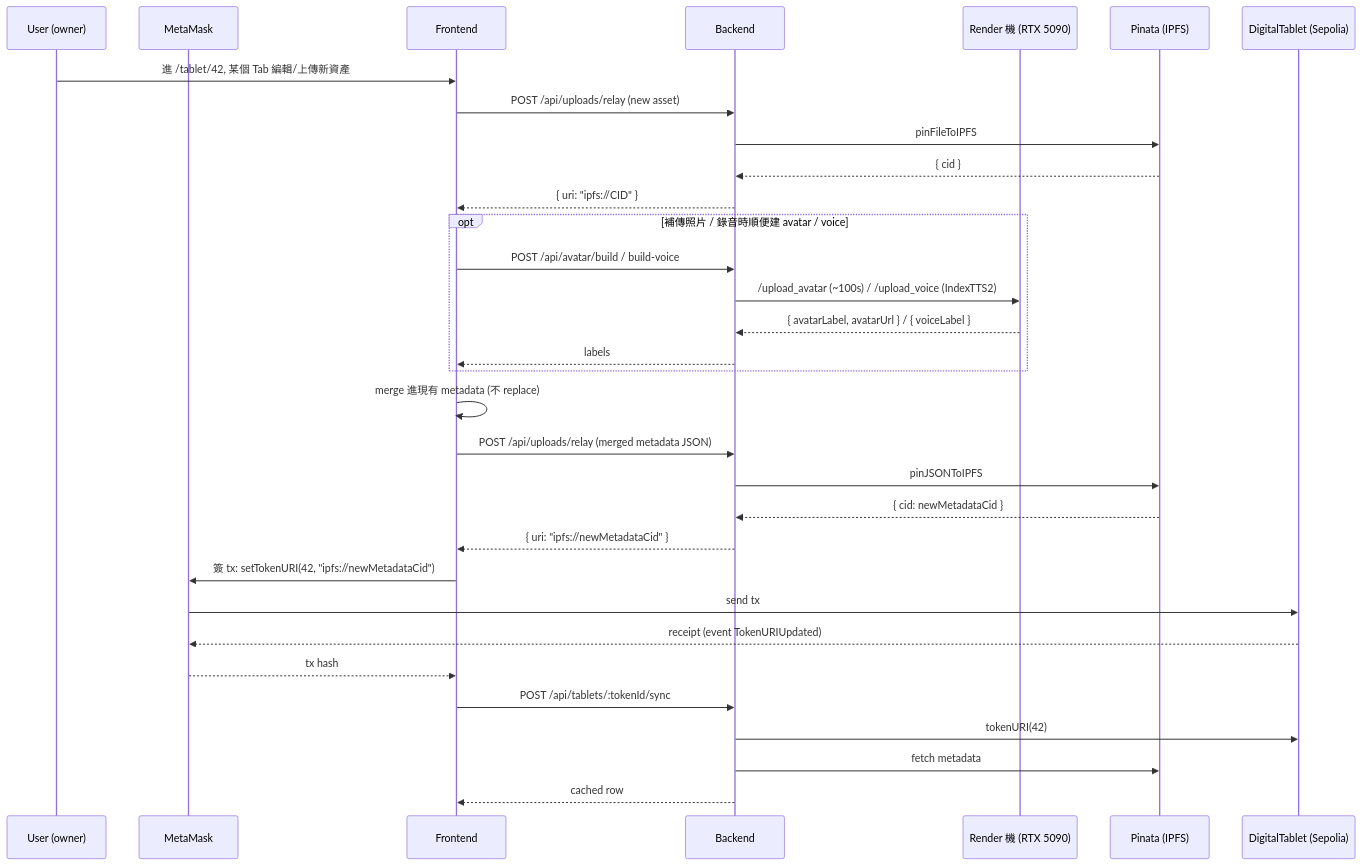
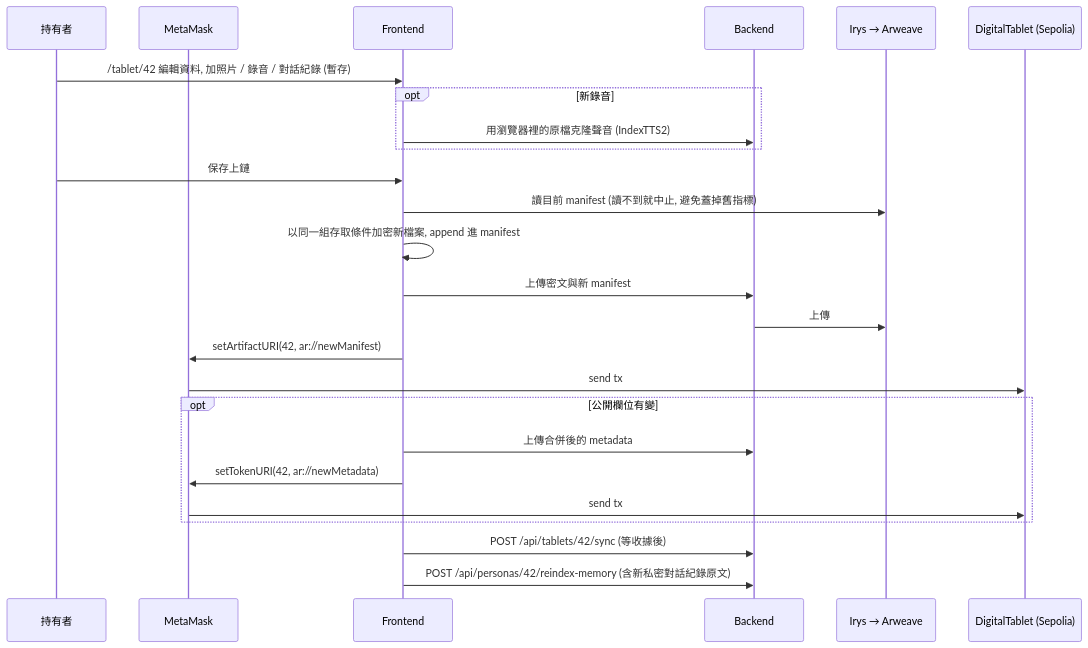
Before and after one commit to frank931023/Your-Mama-IsDead: the second of 6 diagrams in docs/data-flow.md, drawn with Mermaid. The commit also changed other lines of this file and 196 other files, not shown here.

First line of the commit message:
feat: 同步 0914 系統概述 — Arweave/Irys 儲存、Lit 門檻加密、LiveKit 線上公祭

````diff
--- a/docs/data-flow.md
+++ b/docs/data-flow.md
@@ -54,37 +65,28 @@
 ```mermaid
 sequenceDiagram
-    participant U as User (owner)
+    participant U as 持有者
     participant W as MetaMask
     participant FE as Frontend
     participant BE as Backend
-    participant R as Render 機 (RTX 5090)
-    participant P as Pinata (IPFS)
+    participant AR as Irys → Arweave
     participant C as DigitalTablet (Sepolia)
 
-    U->>FE: 進 /tablet/42, 某個 Tab 編輯/上傳新資產
-    FE->>BE: POST /api/uploads/relay (new asset)
-    BE->>P: pinFileToIPFS
-    P-->>BE: { cid }
-    BE-->>FE: { uri: "ipfs://CID" }
-
-    opt 補傳照片 / 錄音時順便建 avatar / voice
-        FE->>BE: POST /api/avatar/build / build-voice
-        BE->>R: /upload_avatar (~100s) / /upload_voice (IndexTTS2)
-        R-->>BE: { avatarLabel, avatarUrl } / { voiceLabel }
-        BE-->>FE: labels
+    U->>FE: /tablet/42 編輯資料, 加照片 / 錄音 / 對話紀錄 (暫存)
+    opt 新錄音
+        FE->>BE: 用瀏覽器裡的原檔克隆聲音 (IndexTTS2)
     end
-
-    FE->>FE: merge 進現有 metadata (不 replace)
-    FE->>BE: POST /api/uploads/relay (merged metadata JSON)
-    BE->>P: pinJSONToIPFS
-    P-->>BE: { cid: newMetadataCid }
-    BE-->>FE: { uri: "ipfs://newMetadataCid" }
-    FE->>W: 簽 tx: setTokenURI(42, "ipfs://newMetadataCid")
+    U->>FE: 保存上鏈
+    FE->>AR: 讀目前 manifest (讀不到就中止, 避免蓋掉舊指標)
+    FE->>FE: 以同一組存取條件加密新檔案, append 進 manifest
+    FE->>BE: 上傳密文與新 manifest
+    BE->>AR: 上傳
+    FE->>W: setArtifactURI(42, ar://newManifest)
     W->>C: send tx
-    C-->>W: receipt (event TokenURIUpdated)
-    W-->>FE: tx hash
-    FE->>BE: POST /api/tablets/:tokenId/sync
-    BE->>C: tokenURI(42)
-    BE->>P: fetch metadata
-    BE-->>FE: cached row
+    opt 公開欄位有變
+        FE->>BE: 上傳合併後的 metadata
+        FE->>W: setTokenURI(42, ar://newMetadata)
+        W->>C: send tx
+    end
+    FE->>BE: POST /api/tablets/42/sync (等收據後)
+    FE->>BE: POST /api/personas/42/reindex-memory (含新私密對話紀錄原文)
 ```
````
